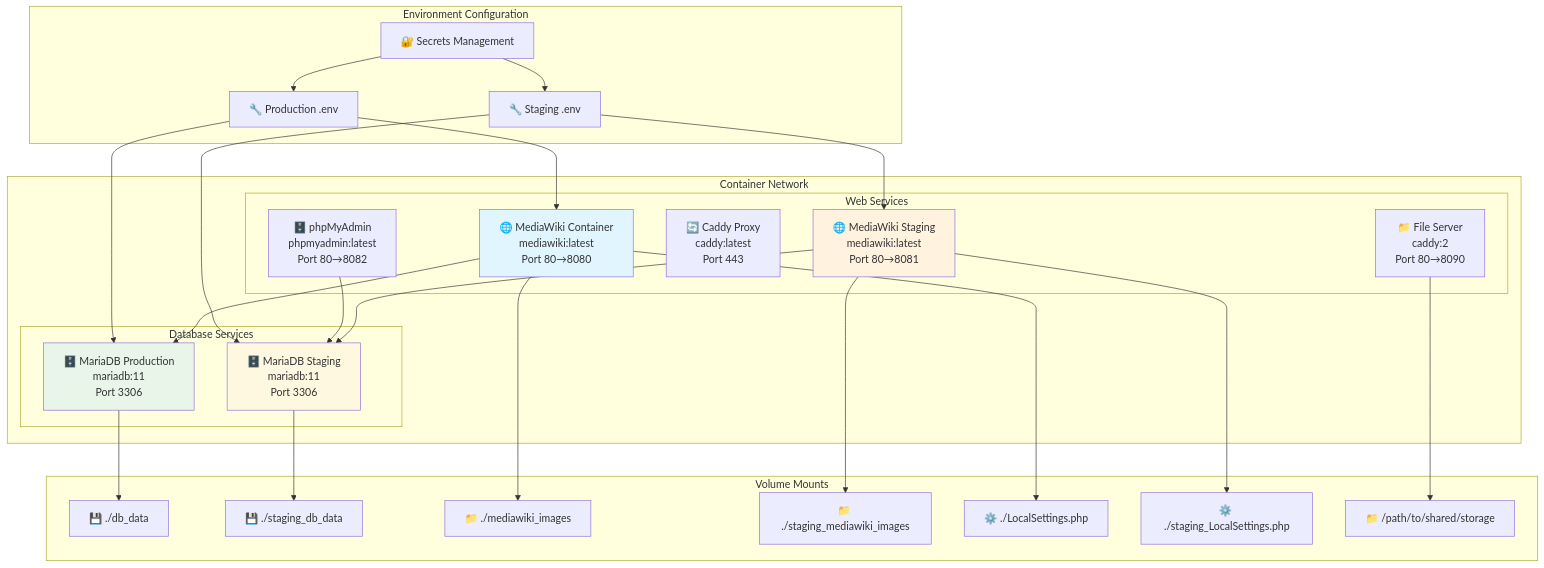
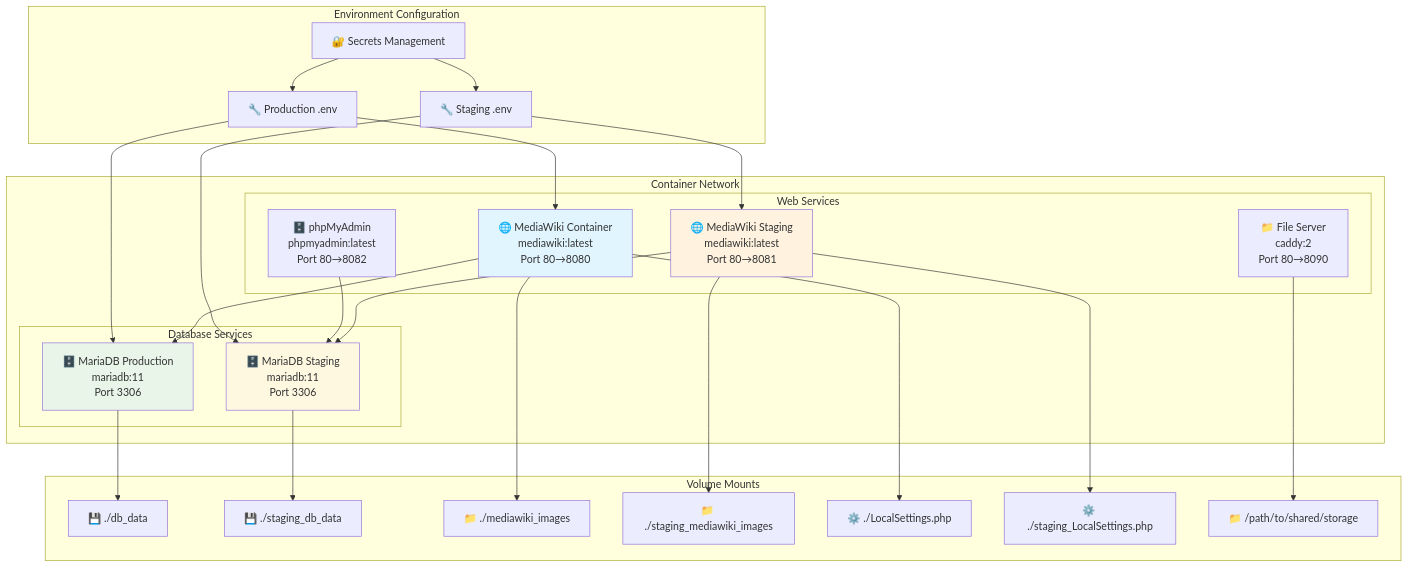
The seventh of 9 diagrams in src/DEPLOYMENT.qmd (maehr/Sexueller-Missbrauch-im-Umfeld-der-katholischen-Kirche-in-der-Schweiz), drawn with Mermaid before and after one commit. The commit also changed other lines of this file and 3 other files, not shown here.

````diff
--- a/src/DEPLOYMENT.qmd
+++ b/src/DEPLOYMENT.qmd
@@ -457,58 +393,57 @@
 ```{mermaid}
 graph TB
     subgraph "Container Network"
         subgraph "Web Services"
             MW[🌐 MediaWiki Container<br/>mediawiki:latest<br/>Port 80→8080]
             MWS[🌐 MediaWiki Staging<br/>mediawiki:latest<br/>Port 80→8081]
-            Caddy[🔄 Caddy Proxy<br/>caddy:latest<br/>Port 443]
             PMA[🗄️ phpMyAdmin<br/>phpmyadmin:latest<br/>Port 80→8082]
             FS[📁 File Server<br/>caddy:2<br/>Port 80→8090]
         end
 
         subgraph "Database Services"
             DB[🗄️ MariaDB Production<br/>mariadb:11<br/>Port 3306]
             DBS[🗄️ MariaDB Staging<br/>mariadb:11<br/>Port 3306]
         end
     end
 
     subgraph "Volume Mounts"
         DBData[💾 ./db_data]
         DBDataStaging[💾 ./staging_db_data]
         Images[📁 ./mediawiki_images]
         ImagesStaging[📁 ./staging_mediawiki_images]
         LocalSettings[⚙️ ./LocalSettings.php]
         StagingSettings[⚙️ ./staging_LocalSettings.php]
         ClusterWork[📁 /path/to/shared/storage]
     end
 
     subgraph "Environment Configuration"
         EnvProd[🔧 Production .env]
         EnvStaging[🔧 Staging .env]
         Secrets[🔐 Secrets Management]
     end
 
     MW --> DB
     MWS --> DBS
     PMA --> DBS
 
     DB --> DBData
     DBS --> DBDataStaging
     MW --> Images
     MWS --> ImagesStaging
     MW --> LocalSettings
     MWS --> StagingSettings
     FS --> ClusterWork
 
     EnvProd --> MW
     EnvProd --> DB
     EnvStaging --> MWS
     EnvStaging --> DBS
 
     Secrets --> EnvProd
     Secrets --> EnvStaging
 
     style MW fill:#e1f5fe
     style MWS fill:#fff3e0
     style DB fill:#e8f5e8
     style DBS fill:#fff8e1
 ```
````
